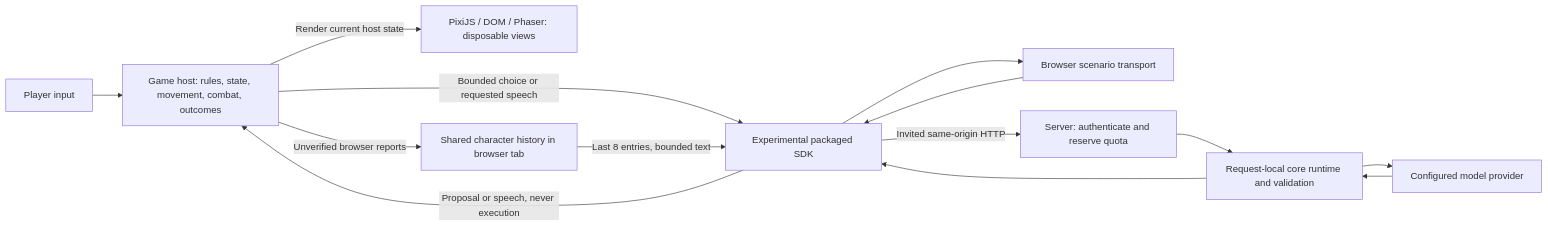
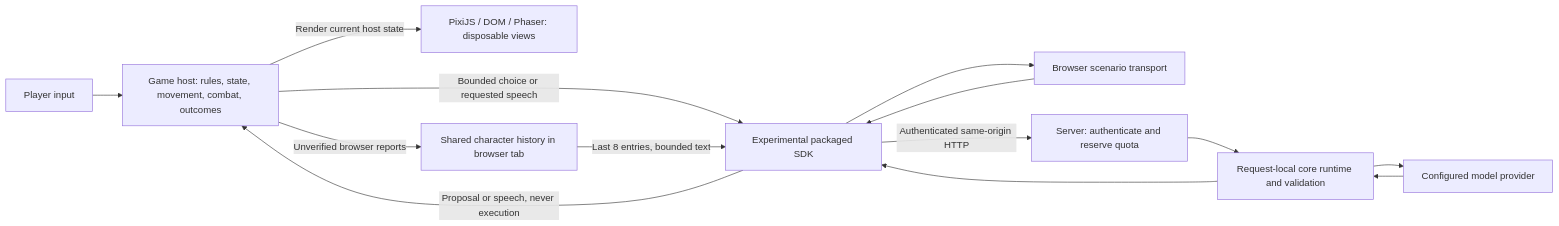
One commit to openifsoul/core changed the first of 2 diagrams in docs/browser-demo.md. Above: the diagram before and after it, drawn with Mermaid. The commit also changed 2 other files, not shown here.

Commit message:
fix: align hosted access copy with Clerk sign-in

````diff
--- a/docs/browser-demo.md
+++ b/docs/browser-demo.md
@@ -49,16 +49,16 @@
 ```mermaid
 flowchart LR
   User["Player input"] --> Host["Game host: rules, state, movement, combat, outcomes"]
   Host -->|"Render current host state"| View["PixiJS / DOM / Phaser: disposable views"]
   Host -->|"Bounded choice or requested speech"| SDK["Experimental packaged SDK"]
   SDK --> Scenario["Browser scenario transport"]
-  SDK -->|"Invited same-origin HTTP"| Server["Server: authenticate and reserve quota"]
+  SDK -->|"Authenticated same-origin HTTP"| Server["Server: authenticate and reserve quota"]
   Server --> Runtime["Request-local core runtime and validation"]
   Runtime --> Provider["Configured model provider"]
   Provider --> Runtime
   Runtime --> SDK
   Scenario --> SDK
   SDK -->|"Proposal or speech, never execution"| Host
   Host -->|"Unverified browser reports"| History["Shared character history in browser tab"]
   History -->|"Last 8 entries, bounded text"| SDK
 ```
````
